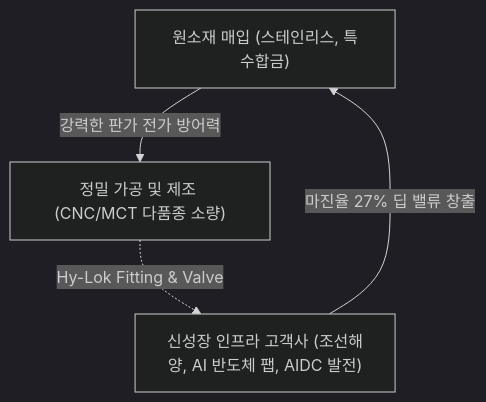
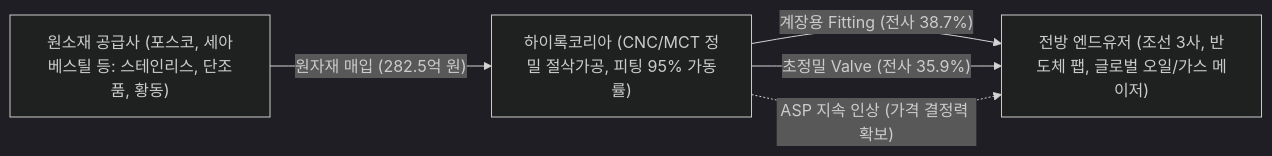
Before and after one commit to eve830521-cmd/my-skill: the diagram in Stock_Research/하이록코리아/3_Final_Reports/Phase1_Report.md, drawn with Mermaid (dark theme). The commit also changed other lines of this file and 63 other files, not shown here.

````diff
--- a/Stock_Research/하이록코리아/3_Final_Reports/Phase1_Report.md
+++ b/Stock_Research/하이록코리아/3_Final_Reports/Phase1_Report.md
@@ -9,6 +8,7 @@
 ```mermaid
-graph TD
-    A["원소재 매입 (스테인리스, 특수합금)"] -->|"강력한 판가 전가 방어력"| B["정밀 가공 및 제조 (CNC/MCT 다품종 소량)"]
-    B -. "Hy-Lok Fitting & Valve" .-> C["신성장 인프라 고객사 (조선해양, AI 반도체 팹, AIDC 발전)"]
-    C -->|"마진율 27% 딥 밸류 창출"| A
+graph LR
+    A["원소재 공급사 (포스코, 세아베스틸 등: 스테인리스, 단조품, 황동)"] -->|"원자재 매입 (282.5억 원)"| B["하이록코리아 (CNC/MCT 정밀 절삭가공, 피팅 95% 가동률)"]
+    B -->|"계장용 Fitting (전사 38.7%)"| C["전방 엔드유저 (조선 3사, 반도체 팹, 글로벌 오일/가스 메이저)"]
+    B -->|"초정밀 Valve (전사 35.9%)"| C
+    B -. "ASP 지속 인상 (가격 결정력 확보)" .-> C
 ```
````
